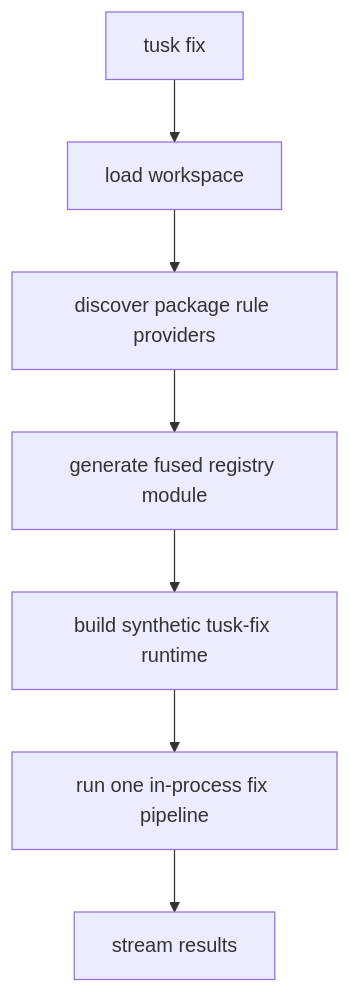
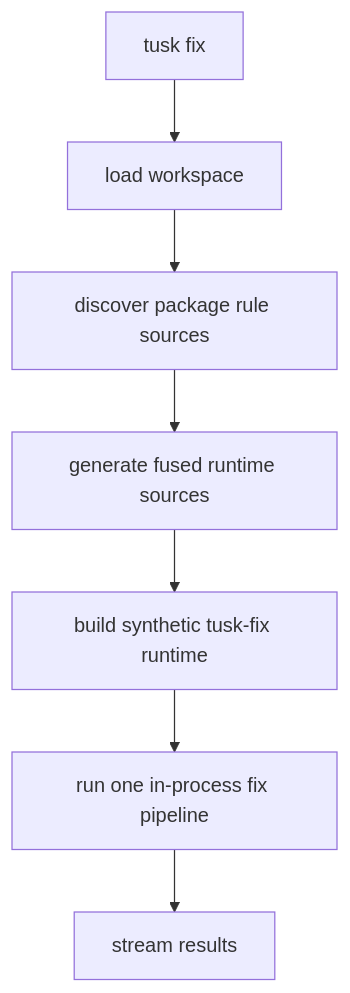
One commit to leostera/riot-lang changed the first of 4 diagrams in docs/rfds/RFD0013-tusk-fix-package-provided-rules.md. Above: the diagram before and after it, drawn with Mermaid. The commit also changed other lines of this file and 29 other files, not shown here.

Commit message:
feat(tusk-fix): fuse package-provided rules into runtime

````diff
--- a/docs/rfds/RFD0013-tusk-fix-package-provided-rules.md
+++ b/docs/rfds/RFD0013-tusk-fix-package-provided-rules.md
@@ -123,9 +123,9 @@
 ```mermaid
 flowchart TD
   A[tusk fix] --> B[load workspace]
-  B --> C[discover package rule providers]
-  C --> D[generate fused registry module]
+  B --> C[discover package rule sources]
+  C --> D[generate fused runtime sources]
   D --> E[build synthetic tusk-fix runtime]
   E --> F[run one in-process fix pipeline]
   F --> G[stream results]
 ```
````
